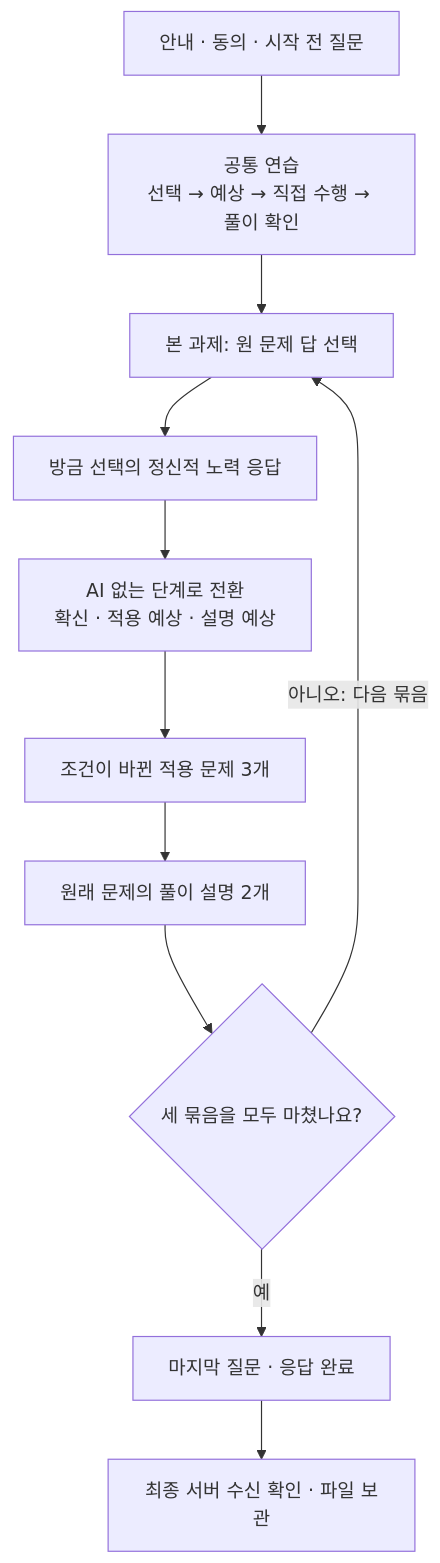
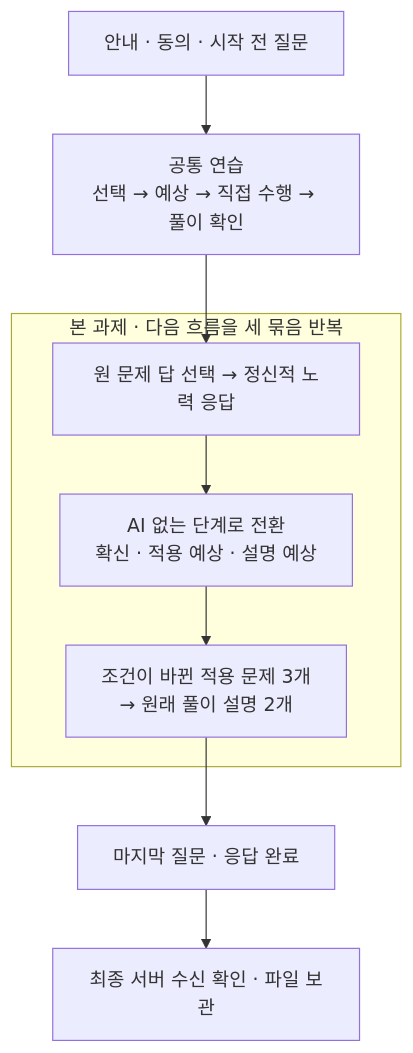
Before and after one commit to minestero00/hci: the second of 2 diagrams in README.md, drawn with Mermaid. The commit also changed other lines of this file, not shown here.

Commit message:
Make study diagrams readable in the GitHub preview

````diff
--- a/README.md
+++ b/README.md
@@ -48,13 +48,11 @@
 ```mermaid
 flowchart TD
     Start["안내 · 동의 · 시작 전 질문"] --> Practice["공통 연습<br/>선택 → 예상 → 직접 수행 → 풀이 확인"]
-    Practice --> Choice["본 과제: 원 문제 답 선택"]
-    Choice --> Burden["방금 선택의 정신적 노력 응답"]
-    Burden --> Estimate["AI 없는 단계로 전환<br/>확신 · 적용 예상 · 설명 예상"]
-    Estimate --> Apply["조건이 바뀐 적용 문제 3개"]
-    Apply --> Explain["원래 문제의 풀이 설명 2개"]
-    Explain --> More{"세 묶음을 모두 마쳤나요?"}
-    More -->|아니오: 다음 묶음| Choice
-    More -->|예| Post["마지막 질문 · 응답 완료"]
+    Practice --> Choice
+    subgraph Main["본 과제 · 다음 흐름을 세 묶음 반복"]
+        Choice["원 문제 답 선택 → 정신적 노력 응답"] --> Estimate["AI 없는 단계로 전환<br/>확신 · 적용 예상 · 설명 예상"]
+        Estimate --> Perform["조건이 바뀐 적용 문제 3개<br/>→ 원래 풀이 설명 2개"]
+    end
+    Perform --> Post["마지막 질문 · 응답 완료"]
     Post --> Receipt["최종 서버 수신 확인 · 파일 보관"]
 ```
````
